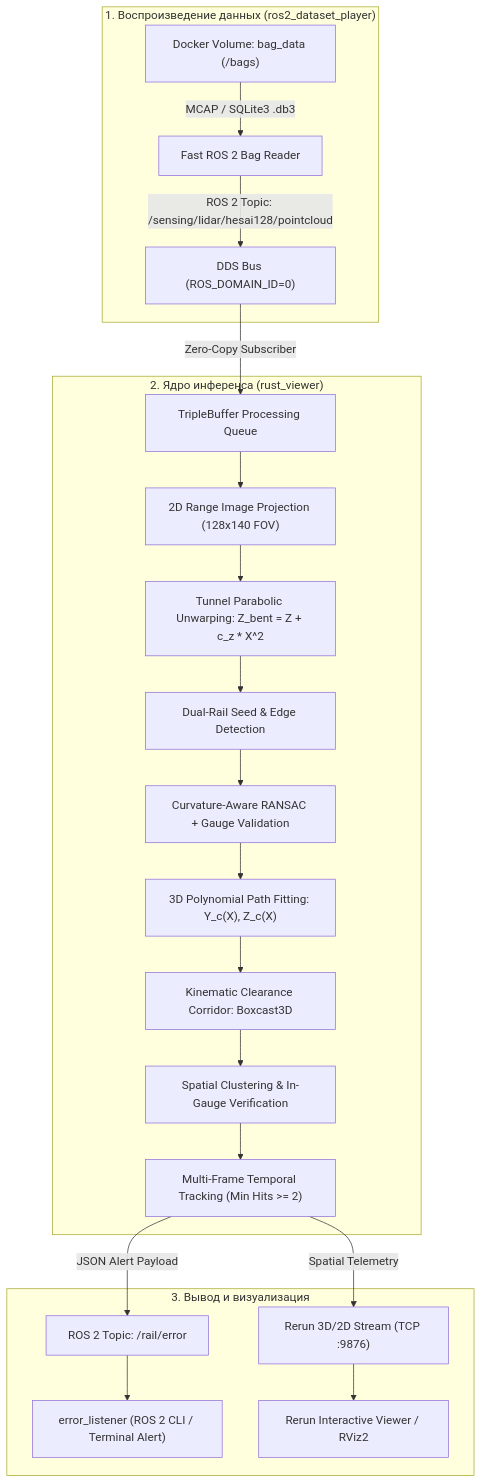
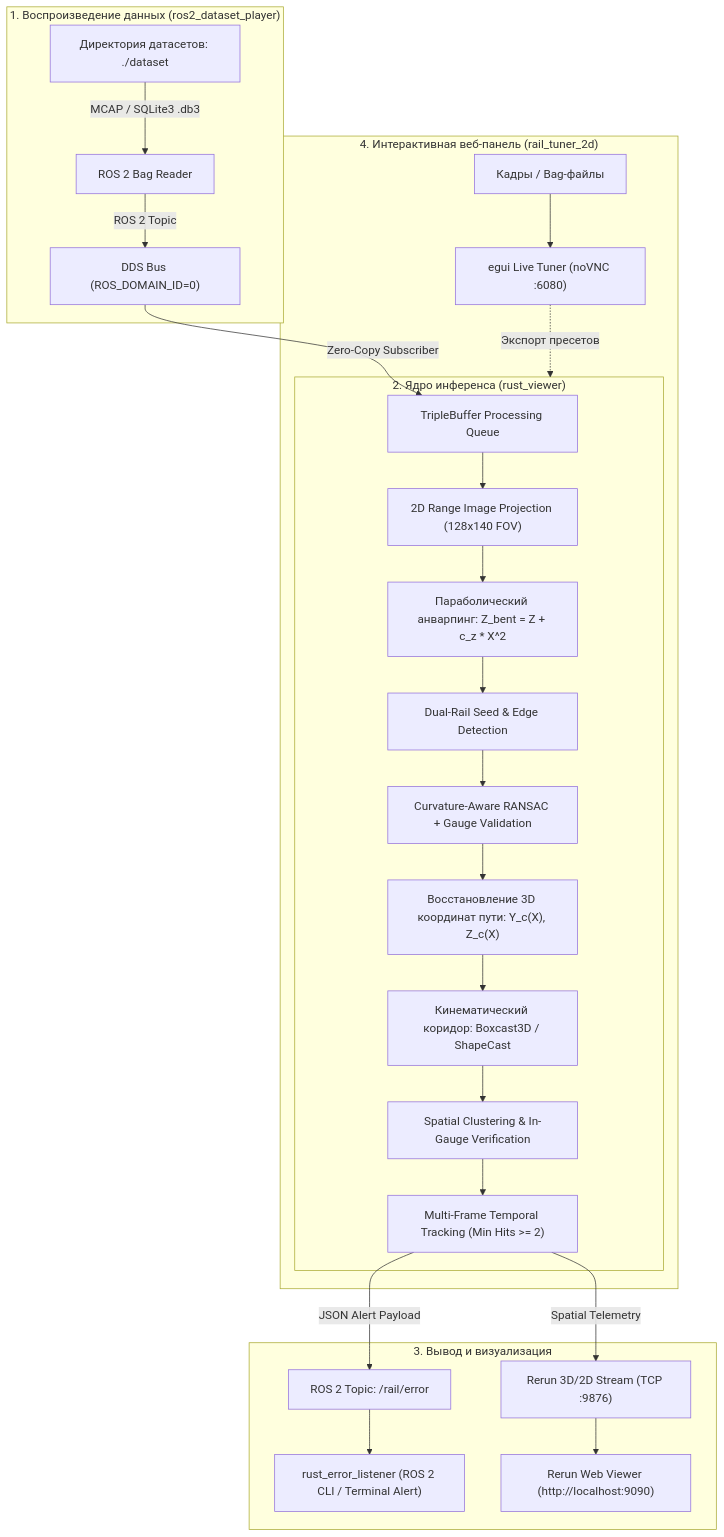
One commit to FoxStudiosTeam/LDT-2026 changed the diagram in updated_readme.md. Above: the diagram before and after it, drawn with Mermaid. The commit also changed other lines of this file and 5 other files, not shown here.

````diff
--- a/updated_readme.md
+++ b/updated_readme.md
@@ -108,26 +175,31 @@
 ```mermaid 
 flowchart TD
     subgraph DataModule ["1. Воспроизведение данных (ros2_dataset_player)"]
-        A1["Docker Volume: bag_data (/bags)"] -->|MCAP / SQLite3 .db3| A2["Fast ROS 2 Bag Reader"]
-        A2 -->|ROS 2 Topic: /sensing/lidar/hesai128/pointcloud| B["DDS Bus (ROS_DOMAIN_ID=0)"]
+        A1["Директория датасетов: ./dataset"] -->|MCAP / SQLite3 .db3| A2["ROS 2 Bag Reader"]
+        A2 -->|ROS 2 Topic| B["DDS Bus (ROS_DOMAIN_ID=0)"]
     end
 
     subgraph CoreEngine ["2. Ядро инференса (rust_viewer)"]
         B -->|Zero-Copy Subscriber| C["TripleBuffer Processing Queue"]
         C --> D["2D Range Image Projection (128x140 FOV)"]
-        D --> E["Tunnel Parabolic Unwarping: Z_bent = Z + c_z * X^2"]
+        D --> E["Параболический анварпинг: Z_bent = Z + c_z * X^2"]
         E --> F["Dual-Rail Seed & Edge Detection"]
         F --> G["Curvature-Aware RANSAC + Gauge Validation"]
-        G --> H["3D Polynomial Path Fitting: Y_c(X), Z_c(X)"]
-        H --> I["Kinematic Clearance Corridor: Boxcast3D"]
+        G --> H["Восстановление 3D координат пути: Y_c(X), Z_c(X)"]
+        H --> I["Кинематический коридор: Boxcast3D / ShapeCast"]
         I --> J["Spatial Clustering & In-Gauge Verification"]
         J --> K["Multi-Frame Temporal Tracking (Min Hits >= 2)"]
     end
 
     subgraph Presentation ["3. Вывод и визуализация"]
         K -->|JSON Alert Payload| L["ROS 2 Topic: /rail/error"]
         K -->|Spatial Telemetry| M["Rerun 3D/2D Stream (TCP :9876)"]
-        L --> N["error_listener (ROS 2 CLI / Terminal Alert)"]
-        M --> O["Rerun Interactive Viewer / RViz2"]
+        L --> N["rust_error_listener (ROS 2 CLI / Terminal Alert)"]
+        M --> O["Rerun Web Viewer (http://localhost:9090)"]
+    end
+
+    subgraph Tuning ["4. Интерактивная веб-панель (rail_tuner_2d)"]
+        P["Кадры / Bag-файлы"] --> Q["egui Live Tuner (noVNC :6080)"]
+        Q -.->|Экспорт пресетов| CoreEngine
     end
 ```
````
